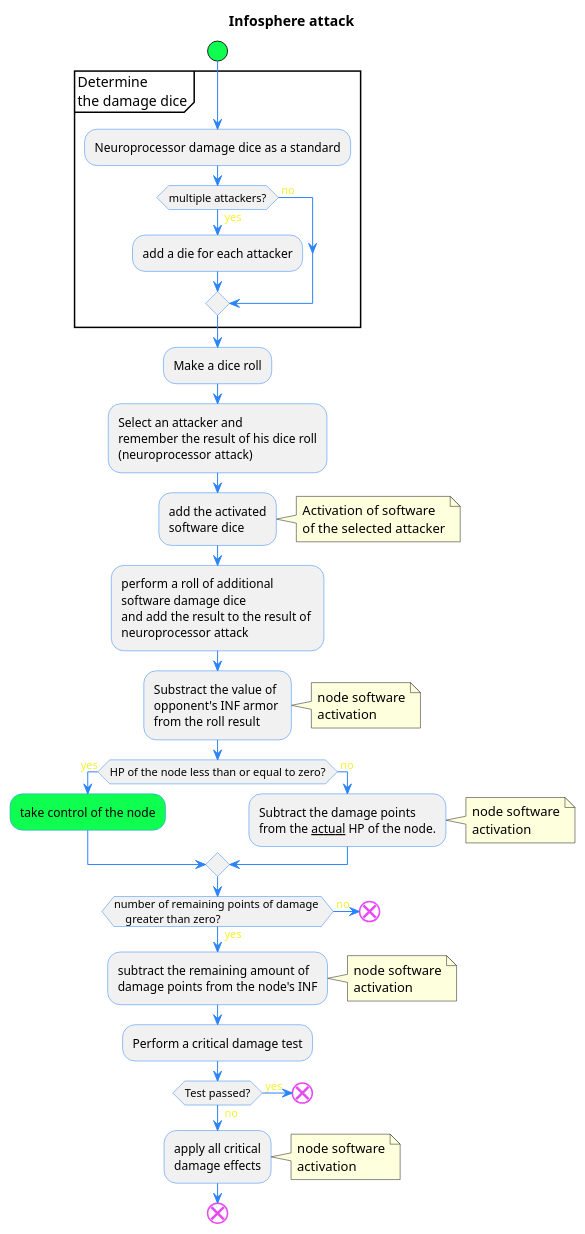
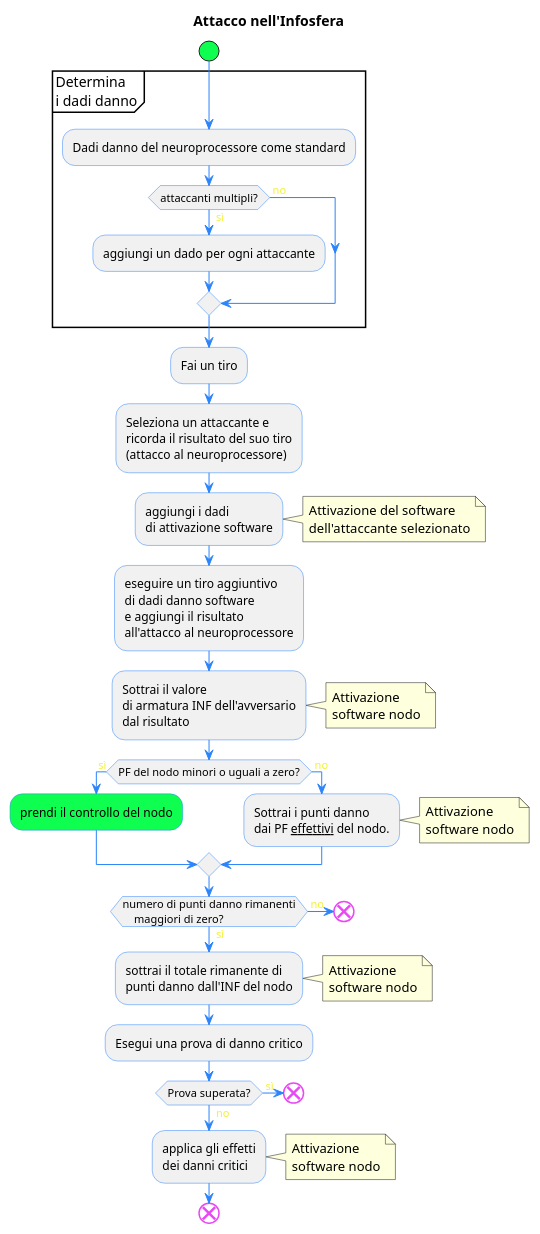
Before and after one commit to Italian-Translation-Alliance/cyber-ita: the fourth of 5 diagrams in datapack/algorithms.plantuml, drawn with PlantUML. The commit also changed other lines of this file and 18 other files, not shown here.

```diff
--- a/datapack/algorithms.plantuml
+++ b/datapack/algorithms.plantuml
@@ -199,74 +198,74 @@
-@startuml "Infosphere attack"
-title "Infosphere attack"
+@startuml "Attacco nell'Infosfera"
+title "Attacco nell'Infosfera"
 skinparam defaultFontName Oxanium
 skinparam activity {
   StartColor #0fff50
   BarColor #2c84fa
   EndColor #e949f5
   BorderColor #2c84fa
   ArrowColor #2c84fa
   FontName Oxanium
 }
 start
-group Determine \nthe damage dice
-:Neuroprocessor damage dice as a standard;
-if (multiple attackers?) then (<color:#f2f230> yes)
-:add a die for each attacker;
+group Determina \ni dadi danno
+:Dadi danno del neuroprocessore come standard;
+if (attaccanti multipli?) then (<color:#f2f230> sì)
+:aggiungi un dado per ogni attaccante;
 else (<color:#f2f230> no)
 endif
 end group
-:Make a dice roll;
-:Select an attacker and 
-remember the result of his dice roll
-(neuroprocessor attack);
-:add the activated 
-software dice;
+:Fai un tiro;
+:Seleziona un attaccante e
+ricorda il risultato del suo tiro
+(attacco al neuroprocessore);
+:aggiungi i dadi
+di attivazione software;
 note right
-Activation of software
-of the selected attacker
+Attivazione del software
+dell'attaccante selezionato
 endnote 
-:perform a roll of additional
-software damage dice 
-and add the result to the result of 
-neuroprocessor attack;
-:Substract the value of
-opponent's INF armor 
-from the roll result;
+:eseguire un tiro aggiuntivo
+di dadi danno software
+e aggiungi il risultato
+all'attacco al neuroprocessore;
+:Sottrai il valore
+di armatura INF dell'avversario
+dal risultato;
 note right
-node software
-activation
+Attivazione
+software nodo
 endnote
-if (HP of the node less than or equal to zero?) then (<color:#f2f230> yes)
-#0fff50 :take control of the node;
+if (PF del nodo minori o uguali a zero?) then (<color:#f2f230> sì)
+#0fff50 :prendi il controllo del nodo;
 else (<color:#f2f230> no)
-  :Subtract the damage points 
-  from the __actual__ HP of the node.;
+  :Sottrai i punti danno
+  dai PF __effettivi__ del nodo.;
 note right
-node software
-activation
+Attivazione
+software nodo
 endnote
 endif
-if (number of remaining points of damage 
-    greater than zero?) then (<color:#f2f230> yes)
-:subtract the remaining amount of 
-damage points from the node's INF;
+if (numero di punti danno rimanenti
+    maggiori di zero?) then (<color:#f2f230> sì)
+:sottrai il totale rimanente di
+punti danno dall'INF del nodo;
 note right
-node software
-activation
+Attivazione
+software nodo
 endnote
-:Perform a critical damage test;
-if (Test passed?) then (<color:#f2f230> yes)
+:Esegui una prova di danno critico;
+if (Prova superata?) then (<color:#f2f230> sì)
   end
 else (<color:#f2f230> no)
-  :apply all critical
-  damage effects;
+  :applica gli effetti 
+  dei danni critici;
   note right
-  node software
-  activation
+  Attivazione
+  software nodo
   endnote
 endif
 else (<color:#f2f230> no)
  end
 endif
 end
 @enduml
```
